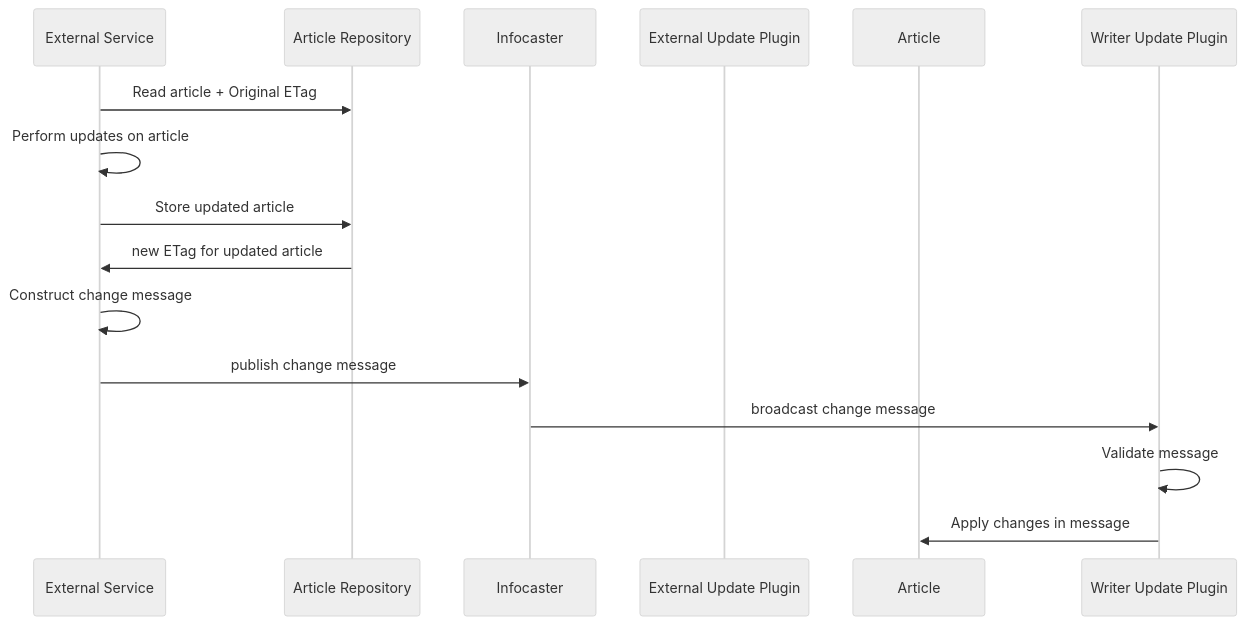
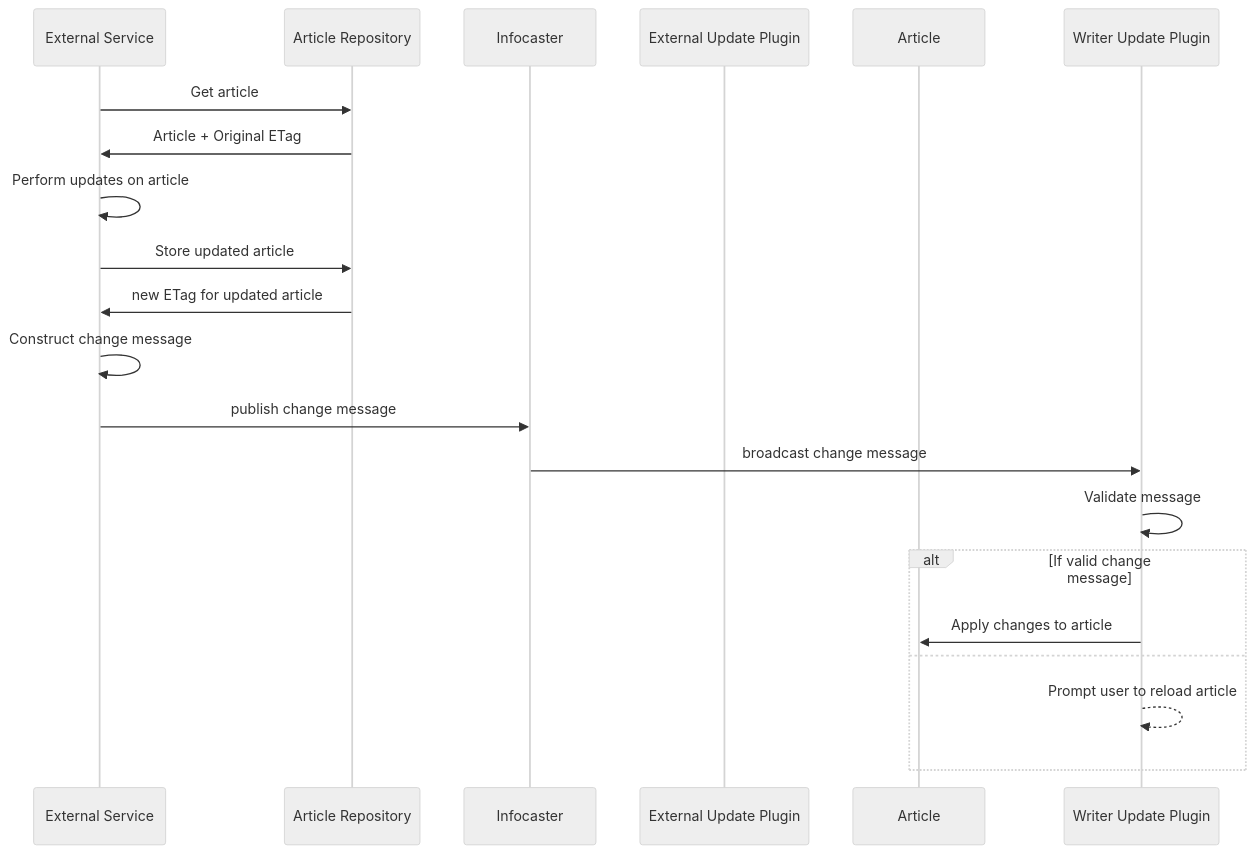
Before and after one commit to Infomaker/NPWriterPluginBundle: the diagram in plugins/se.infomaker.externalupdate/README.md, drawn with Mermaid (neutral theme).

Commit message:
Updated sequence diagram in readme again
Added conditional surrounding plugin validation status behaviour

````diff
--- a/plugins/se.infomaker.externalupdate/README.md
+++ b/plugins/se.infomaker.externalupdate/README.md
@@ -15,17 +15,22 @@
 ```{mermaid}
 sequenceDiagram
     participant External Service
     participant Article Repository
     participant Infocaster
     participant External Update Plugin
     participant Article
-    External Service->>Article Repository: Read article + Original ETag
+    External Service->>Article Repository: Get article
+    Article Repository->>External Service:Article + Original ETag
     External Service->>External Service: Perform updates on article
     External Service->>Article Repository: Store updated article
     Article Repository->>External Service: new ETag for updated article
     External Service->>External Service: Construct change message
     External Service->>Infocaster: publish change message
     Infocaster->>Writer Update Plugin: broadcast change message
     Writer Update Plugin->>Writer Update Plugin: Validate message
-    Writer Update Plugin->>Article: Apply changes in message
+    alt If valid change message
+        Writer Update Plugin->>Article: Apply changes to article
+    else
+        Writer Update Plugin-->>Writer Update Plugin: Prompt user to reload article
+    end
 ```
````
